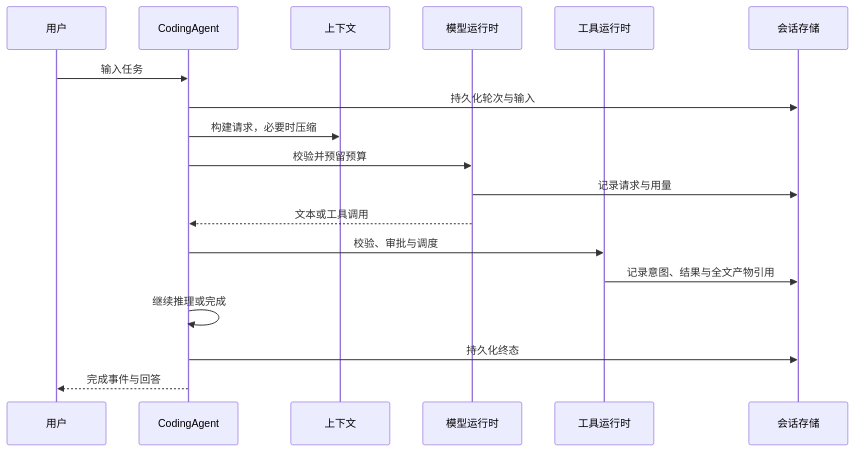
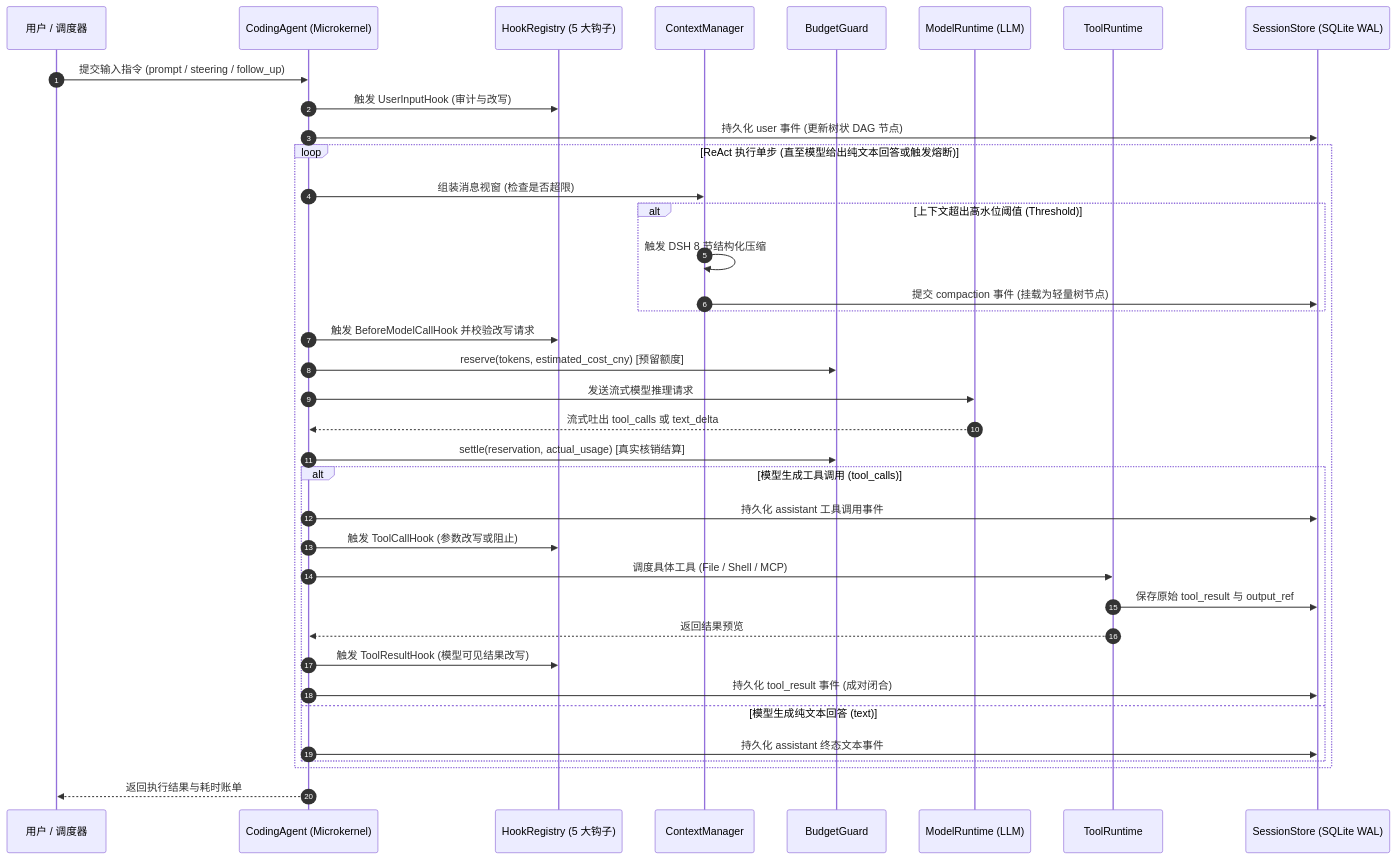
One commit to WenYuecheng/Weyra changed the second of 11 diagrams in docs/ARCHITECTURE.md. Above: the diagram before and after it, drawn with Mermaid. The commit also changed other lines of this file and 6 other files, not shown here.

Commit message:
docs: expand architecture guides and verify diagrams and benchmark figures

````diff
--- a/docs/ARCHITECTURE.md
+++ b/docs/ARCHITECTURE.md
@@ -16,20 +102,43 @@
 ```mermaid
 sequenceDiagram
-    participant User as 用户
-    participant Agent as CodingAgent
-    participant Context as 上下文
-    participant Runtime as 模型运行时
-    participant Tools as 工具运行时
-    participant Store as 会话存储
-    User->>Agent: 输入任务
-    Agent->>Store: 持久化轮次与输入
-    Agent->>Context: 构建请求，必要时压缩
-    Agent->>Runtime: 校验并预留预算
-    Runtime->>Store: 记录请求与用量
-    Runtime-->>Agent: 文本或工具调用
-    Agent->>Tools: 校验、审批与调度
-    Tools->>Store: 记录意图、结果与全文产物引用
-    Agent->>Agent: 继续推理或完成
-    Agent->>Store: 持久化终态
-    Agent-->>User: 完成事件与回答
+    autonumber
+    participant User as 用户 / 调度器
+    participant Agent as CodingAgent (Microkernel)
+    participant Hook as HookRegistry (5 大钩子)
+    participant Context as ContextManager
+    participant Budget as BudgetGuard
+    participant Provider as ModelRuntime (LLM)
+    participant Tool as ToolRuntime
+    participant Store as SessionStore (SQLite WAL)
+
+    User->>Agent: 提交输入指令 (prompt / steering / follow_up)
+    Agent->>Hook: 触发 UserInputHook (审计与改写)
+    Agent->>Store: 持久化 user 事件 (更新树状 DAG 节点)
+
+    loop ReAct 执行单步 (直至模型给出纯文本回答或触发熔断)
+        Agent->>Context: 组装消息视窗 (检查是否超限)
+        alt 上下文超出高水位阈值 (Threshold)
+            Context->>Context: 触发 DSH 8 节结构化压缩
+            Context->>Store: 提交 compaction 事件 (挂载为轻量树节点)
+        end
+
+        Agent->>Hook: 触发 BeforeModelCallHook 并校验改写请求
+        Agent->>Budget: reserve(tokens, estimated_cost_cny) [预留额度]
+        Agent->>Provider: 发送流式模型推理请求
+        Provider-->>Agent: 流式吐出 tool_calls 或 text_delta
+        Agent->>Budget: settle(reservation, actual_usage) [真实核销结算]
+
+        alt 模型生成工具调用 (tool_calls)
+            Agent->>Store: 持久化 assistant 工具调用事件
+            Agent->>Hook: 触发 ToolCallHook (参数改写或阻止)
+            Agent->>Tool: 调度具体工具 (File / Shell / MCP)
+            Tool->>Store: 保存原始 tool_result 与 output_ref
+            Tool-->>Agent: 返回结果预览
+            Agent->>Hook: 触发 ToolResultHook (模型可见结果改写)
+            Agent->>Store: 持久化 tool_result 事件 (成对闭合)
+        else 模型生成纯文本回答 (text)
+            Agent->>Store: 持久化 assistant 终态文本事件
+        end
+    end
+    Agent-->>User: 返回执行结果与耗时账单
 ```
````
